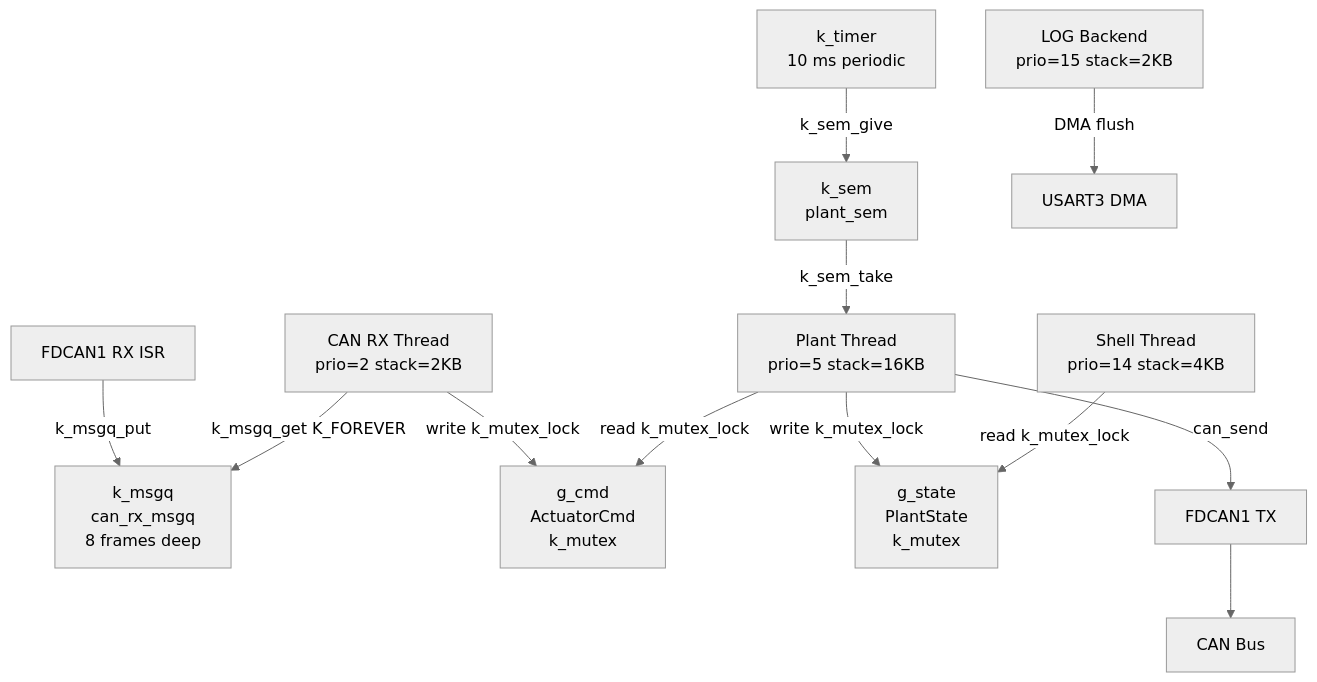
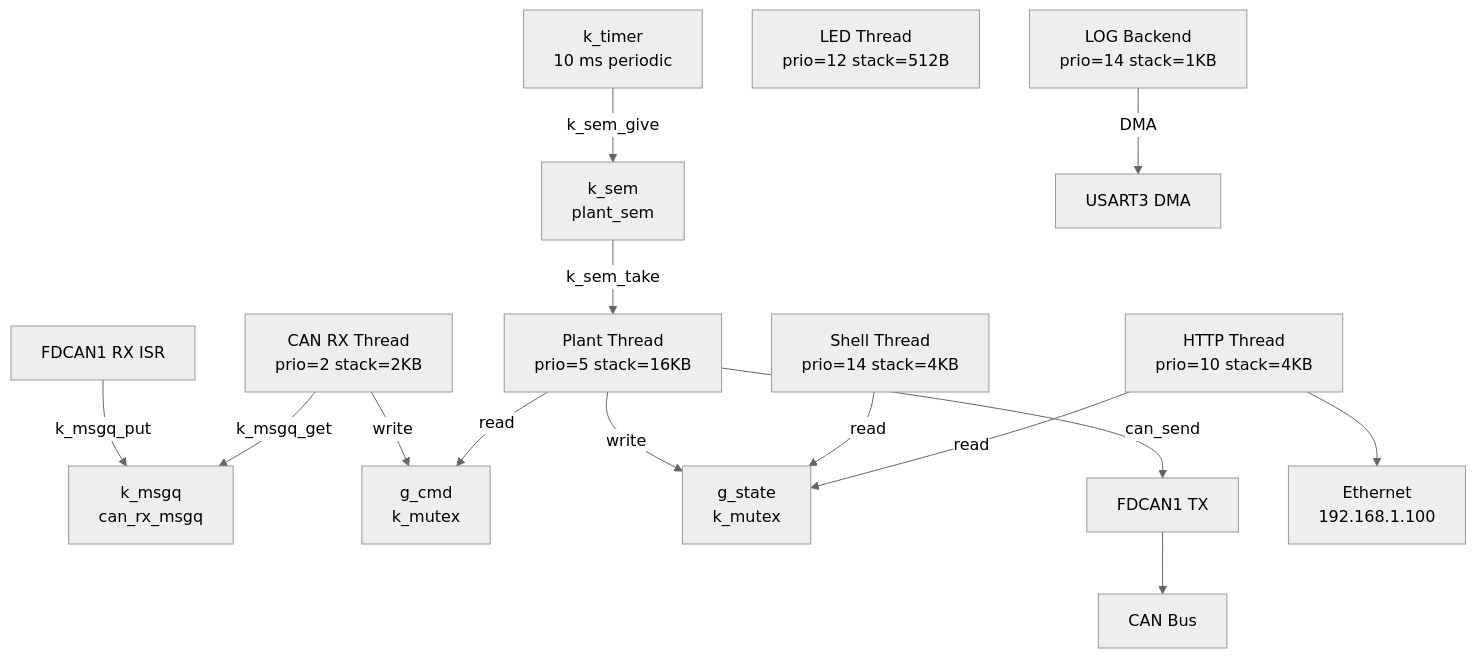
One commit to mtilocca/vehicle-Dynamics-Sim-Can changed the fifth of 7 diagrams in docs/zephyr/ZEPHYR_PORT.md. Above: the diagram before and after it, drawn with Mermaid (neutral theme). The commit also changed other lines of this file and 3 other files, not shown here.

````diff
--- a/docs/zephyr/ZEPHYR_PORT.md
+++ b/docs/zephyr/ZEPHYR_PORT.md
@@ -442,28 +488,33 @@
 ```mermaid
 graph TD
     TIMER["k_timer\n10 ms periodic"]
     SEM["k_sem\nplant_sem"]
     PLANT["Plant Thread\nprio=5 stack=16KB"]
     CANRX["CAN RX Thread\nprio=2 stack=2KB"]
+    HTTP["HTTP Thread\nprio=10 stack=4KB"]
+    LED["LED Thread\nprio=12 stack=512B"]
     SHELL["Shell Thread\nprio=14 stack=4KB"]
-    LOGB["LOG Backend\nprio=15 stack=2KB"]
+    LOGB["LOG Backend\nprio=14 stack=1KB"]
     ISR["FDCAN1 RX ISR"]
-    MSGQ["k_msgq\ncan_rx_msgq\n8 frames deep"]
-    GCMD["g_cmd\nActuatorCmd\nk_mutex"]
-    GSTATE["g_state\nPlantState\nk_mutex"]
+    MSGQ["k_msgq\ncan_rx_msgq"]
+    GCMD["g_cmd\nk_mutex"]
+    GSTATE["g_state\nk_mutex"]
     FDTX["FDCAN1 TX"]
     UART["USART3 DMA"]
+    ETH["Ethernet\n192.168.1.100"]
     BUS["CAN Bus"]
 
     TIMER -->|k_sem_give| SEM
     SEM -->|k_sem_take| PLANT
     ISR -->|k_msgq_put| MSGQ
-    CANRX -->|k_msgq_get K_FOREVER| MSGQ
-    CANRX -->|write k_mutex_lock| GCMD
-    PLANT -->|read k_mutex_lock| GCMD
-    PLANT -->|write k_mutex_lock| GSTATE
-    SHELL -->|read k_mutex_lock| GSTATE
+    CANRX -->|k_msgq_get| MSGQ
+    CANRX -->|write| GCMD
+    PLANT -->|read| GCMD
+    PLANT -->|write| GSTATE
+    SHELL -->|read| GSTATE
+    HTTP -->|read| GSTATE
     PLANT -->|can_send| FDTX
     FDTX --> BUS
-    LOGB -->|DMA flush| UART
+    LOGB -->|DMA| UART
+    HTTP --> ETH
 ```
````
